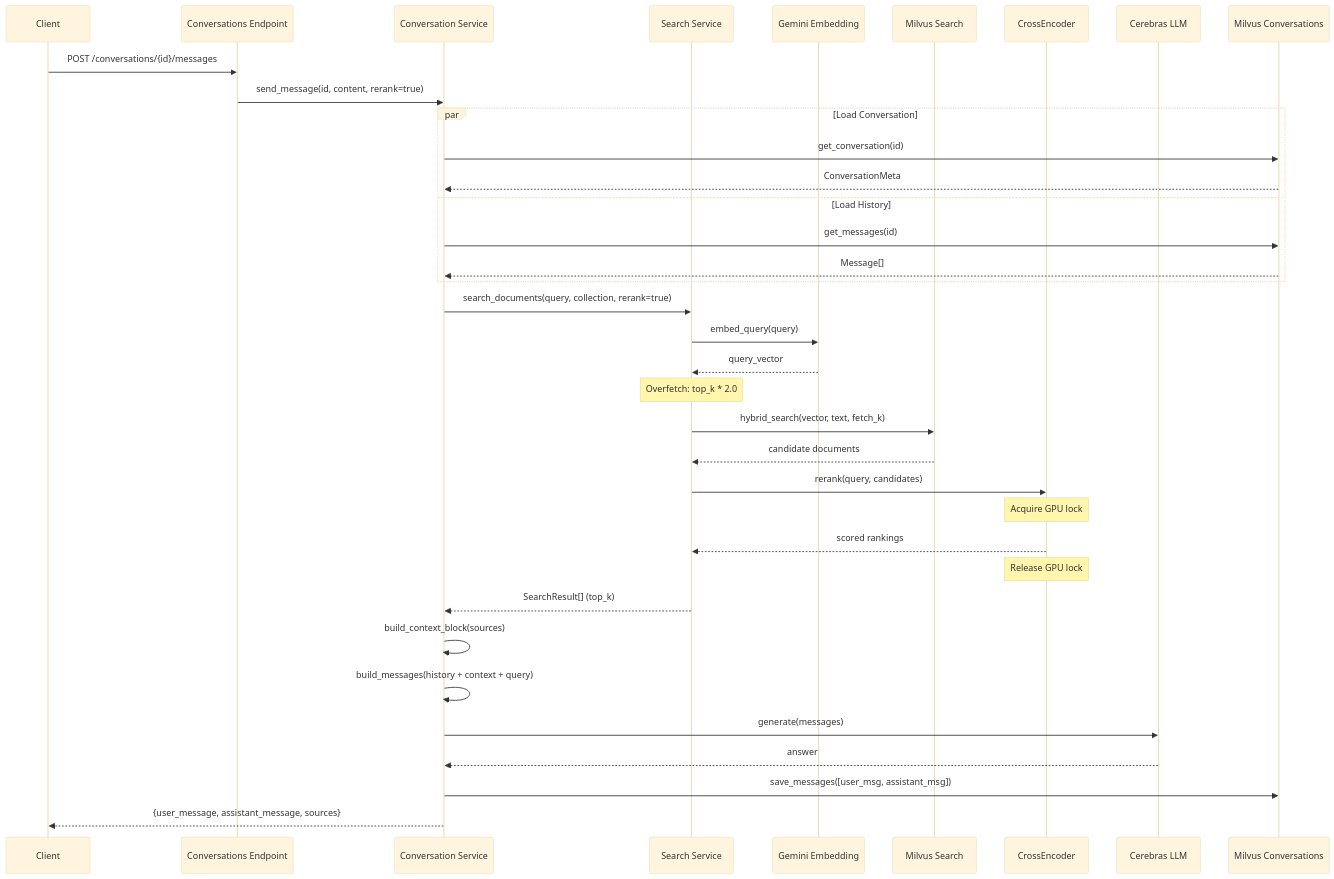
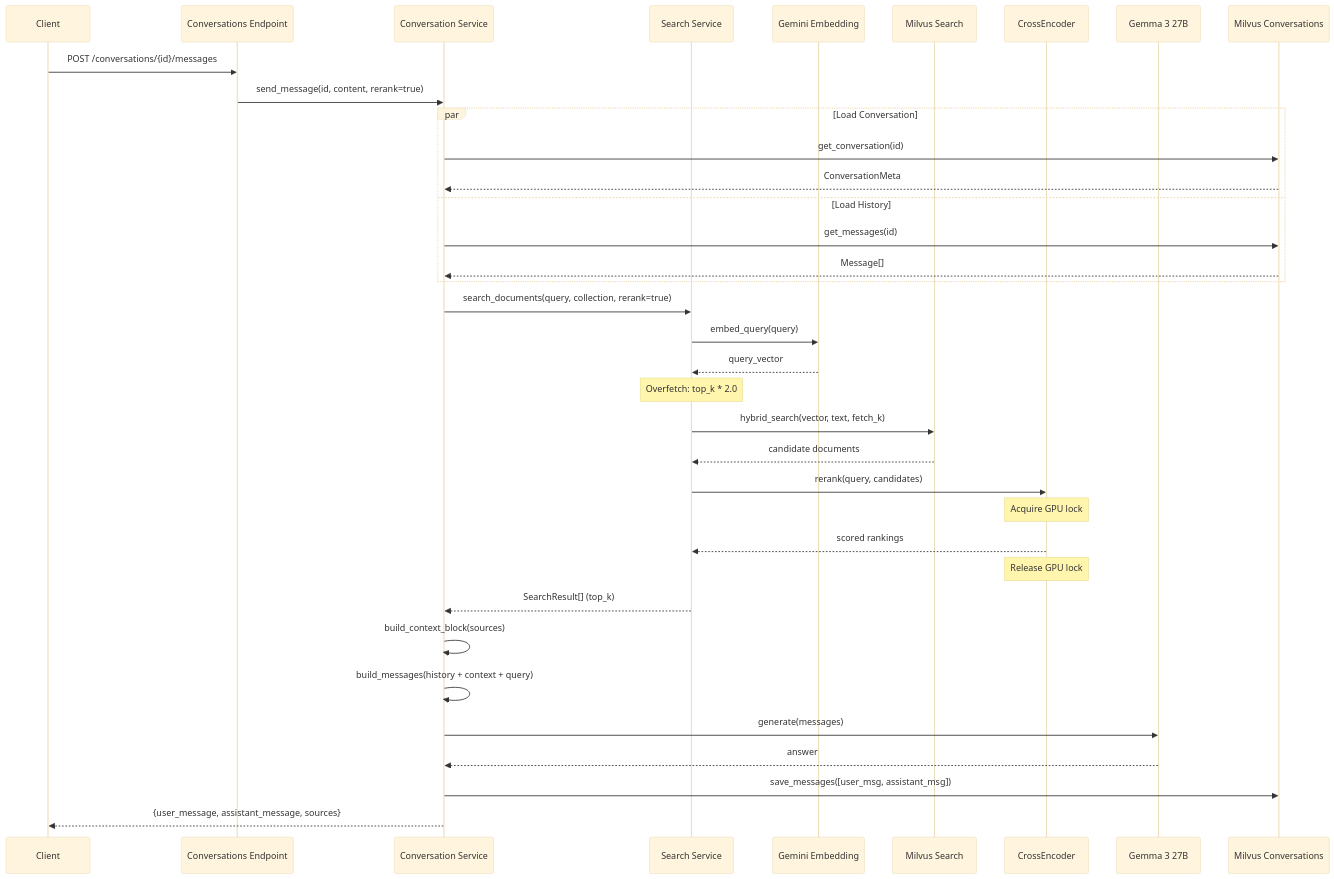
The third of 6 diagrams in README.md (weecici/audio-rag), drawn with Mermaid (base theme) before and after one commit. The commit also changed other lines of this file, not shown here.

````diff
--- a/README.md
+++ b/README.md
@@ -430,46 +435,46 @@
 ```mermaid
 sequenceDiagram
     participant Client
     participant API as Conversations Endpoint
     participant Conv as Conversation Service
     participant Search as Search Service
     participant Embed as Gemini Embedding
     participant Milvus as Milvus Search
     participant Rerank as CrossEncoder
-    participant LLM as Cerebras LLM
+    participant LLM as Gemma 3 27B
     participant Store as Milvus Conversations
 
     Client->>API: POST /conversations/{id}/messages
     API->>Conv: send_message(id, content, rerank=true)
 
     par Load Conversation
         Conv->>Store: get_conversation(id)
         Store-->>Conv: ConversationMeta
     and Load History
         Conv->>Store: get_messages(id)
         Store-->>Conv: Message[]
     end
 
     Conv->>Search: search_documents(query, collection, rerank=true)
     Search->>Embed: embed_query(query)
     Embed-->>Search: query_vector
 
     Note over Search: Overfetch: top_k * 2.0
     Search->>Milvus: hybrid_search(vector, text, fetch_k)
     Milvus-->>Search: candidate documents
 
     Search->>Rerank: rerank(query, candidates)
     Note over Rerank: Acquire GPU lock
     Rerank-->>Search: scored rankings
     Note over Rerank: Release GPU lock
 
     Search-->>Conv: SearchResult[] (top_k)
 
     Conv->>Conv: build_context_block(sources)
     Conv->>Conv: build_messages(history + context + query)
     Conv->>LLM: generate(messages)
     LLM-->>Conv: answer
 
     Conv->>Store: save_messages([user_msg, assistant_msg])
     Conv-->>Client: {user_message, assistant_message, sources}
 ```
````
